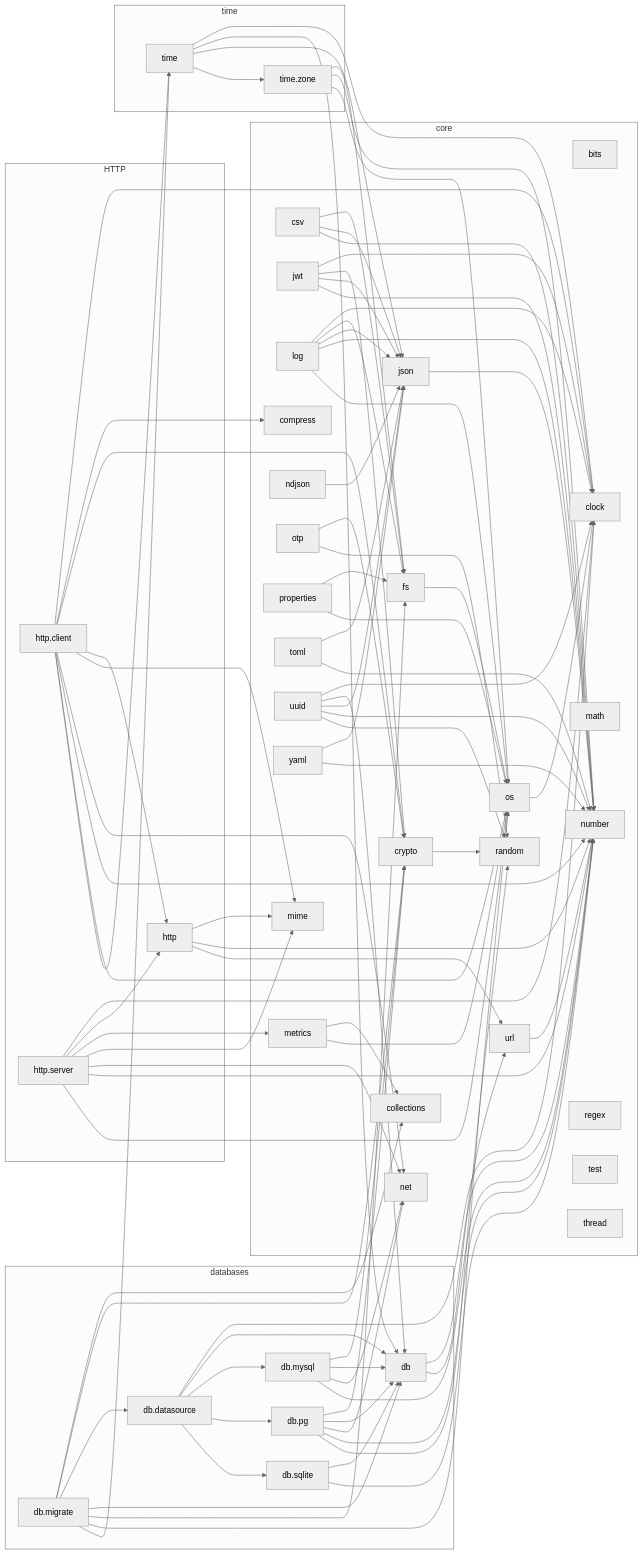
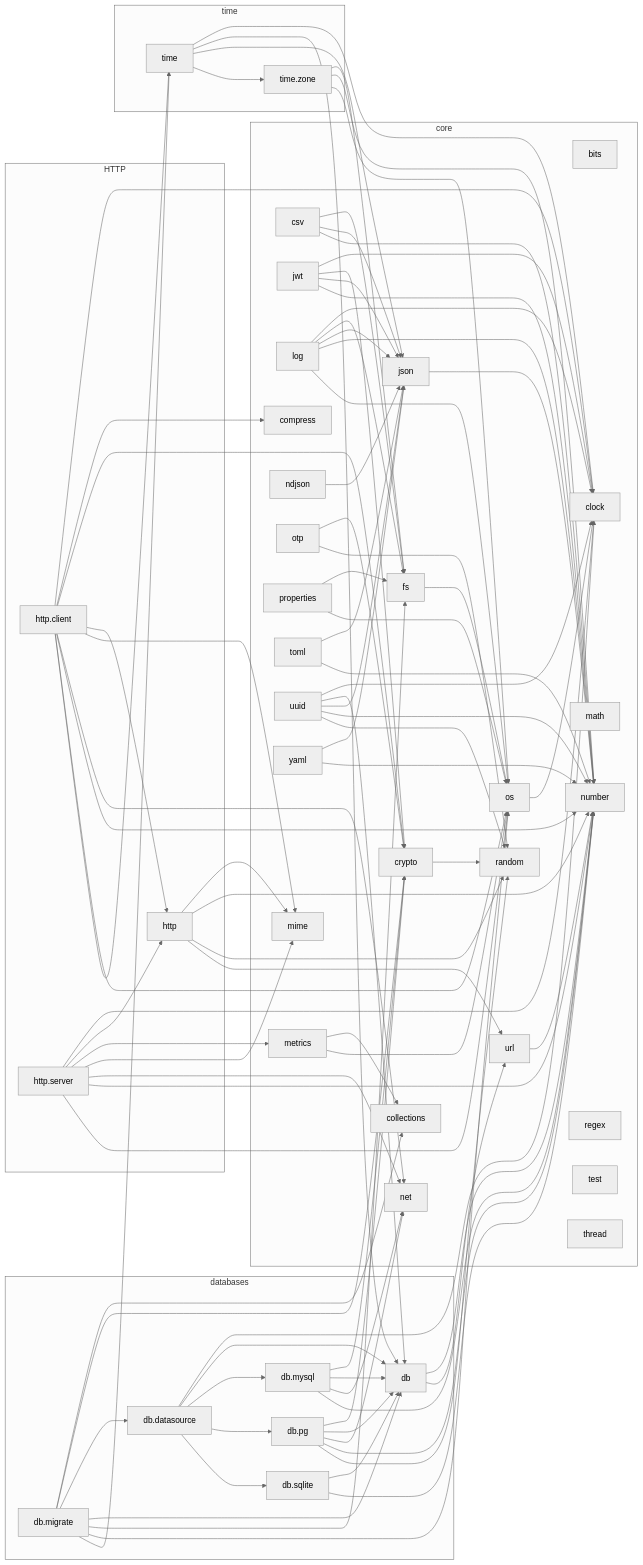
The diagram in docs/lib/dependencies.md (vasnatech/ziman), drawn with Mermaid (neutral theme) before and after one commit. The commit also changed other lines of this file and 8 other files, not shown here.

```diff
--- a/docs/lib/dependencies.md
+++ b/docs/lib/dependencies.md
@@ -76,6 +76,7 @@
     fs --> os
     http --> mime
     http --> number
+    http --> random
     http --> url
     json --> number
     jwt --> clock
```
